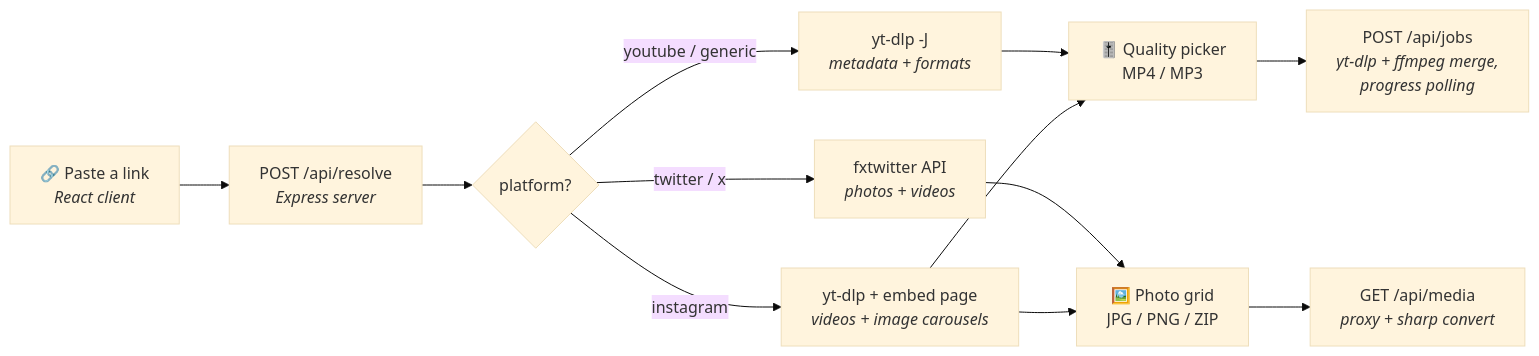
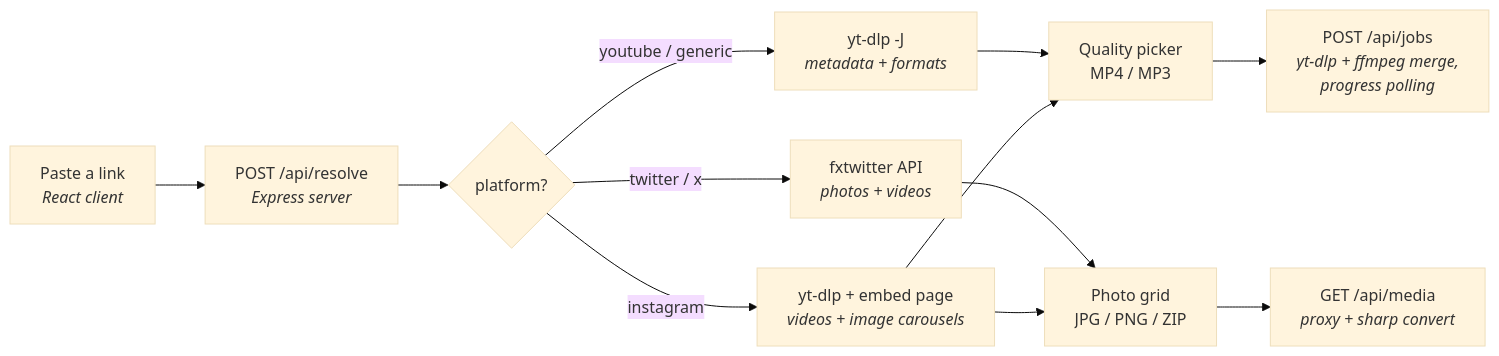
Before and after one commit to jaguan2/media-grabber: the diagram in README.md, drawn with Mermaid (base theme). The commit also changed other lines of this file and 3 other files, not shown here.

````diff
--- a/README.md
+++ b/README.md
@@ -36,14 +35,14 @@
 ```mermaid
 flowchart LR
-    A["🔗 Paste a link<br/><i>React client</i>"] --> B["POST /api/resolve<br/><i>Express server</i>"]
+    A["Paste a link<br/><i>React client</i>"] --> B["POST /api/resolve<br/><i>Express server</i>"]
     B --> C{"platform?"}
     C -->|youtube / generic| D["yt-dlp -J<br/><i>metadata + formats</i>"]
     C -->|twitter / x| E["fxtwitter API<br/><i>photos + videos</i>"]
     C -->|instagram| F["yt-dlp + embed page<br/><i>videos + image carousels</i>"]
-    D --> G["🎚️ Quality picker<br/>MP4 / MP3"]
-    E --> H["🖼️ Photo grid<br/>JPG / PNG / ZIP"]
+    D --> G["Quality picker<br/>MP4 / MP3"]
+    E --> H["Photo grid<br/>JPG / PNG / ZIP"]
     F --> G
     F --> H
     G --> I["POST /api/jobs<br/><i>yt-dlp + ffmpeg merge,<br/>progress polling</i>"]
     H --> J["GET /api/media<br/><i>proxy + sharp convert</i>"]
 ```
````
